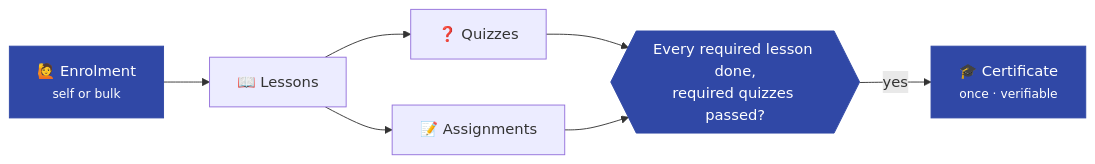
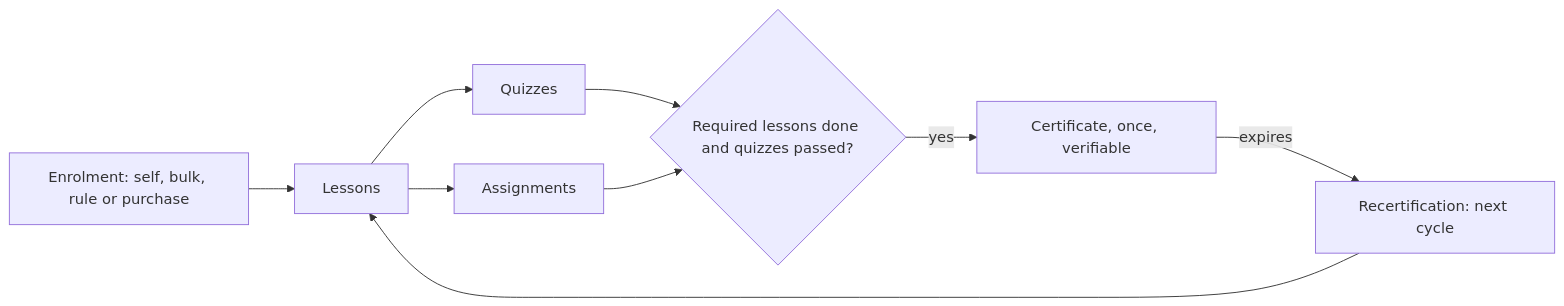
Before and after one commit to CBFerrum/ferrum-app-lms: the first of 4 diagrams in README.md, drawn with Mermaid. The commit also changed other lines of this file and 22 other files, not shown here.

First line of the commit message:
docs: end-to-end README with screenshots, features, comparison and roadmap

````diff
--- a/README.md
+++ b/README.md
@@ -115,11 +339,11 @@
 ```mermaid
 flowchart LR
-    E["🙋 Enrolment<br/><small>self or bulk</small>"] --> L["📖 Lessons"]
-    L --> Q["❓ Quizzes"]
-    L --> AS["📝 Assignments"]
-    Q --> P{{"Every required lesson done,<br/>required quizzes passed?"}}
-    AS --> P
-    P -->|yes| C["🎓 Certificate<br/><small>once · verifiable</small>"]
-    classDef app fill:#3048a6,color:#fff,stroke:#3048a6
-    class E,P,C app
+  E["Enrolment: self, bulk, rule or purchase"] --> L["Lessons"]
+  L --> Q["Quizzes"]
+  L --> AS["Assignments"]
+  Q --> P{"Required lessons done and quizzes passed?"}
+  AS --> P
+  P -->|yes| C["Certificate, once, verifiable"]
+  C -->|expires| R["Recertification: next cycle"]
+  R --> L
 ```
````
